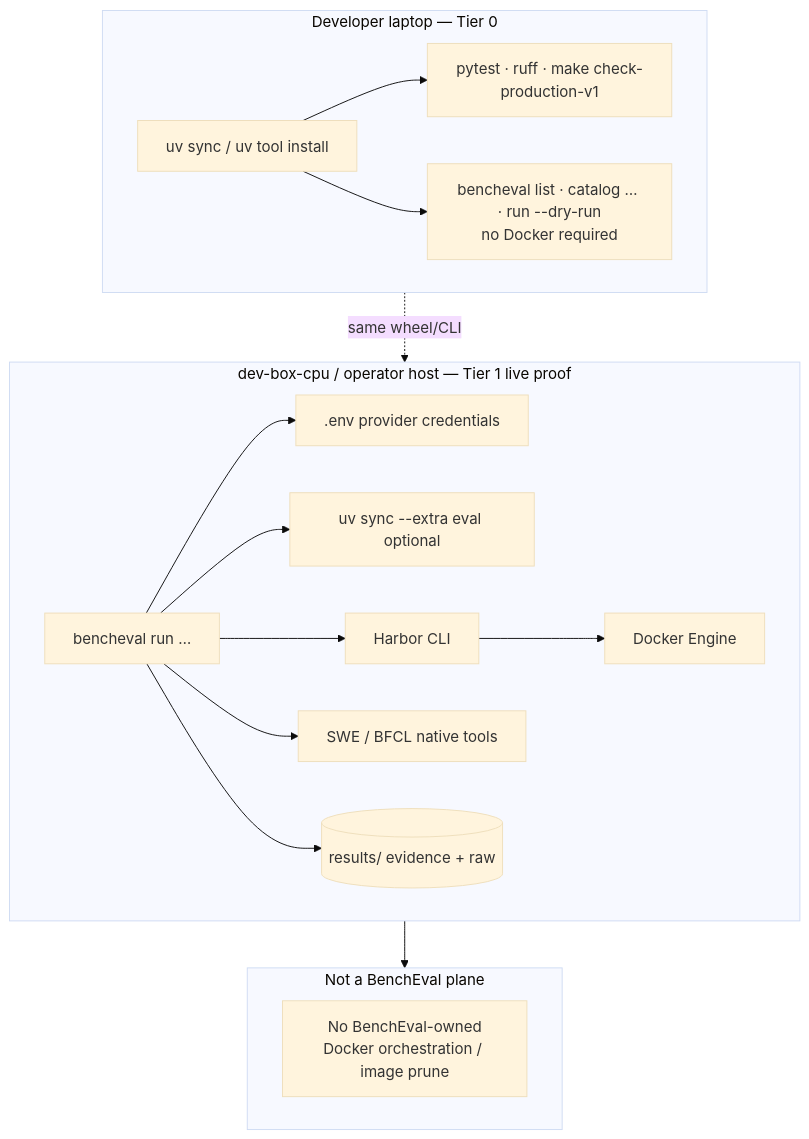
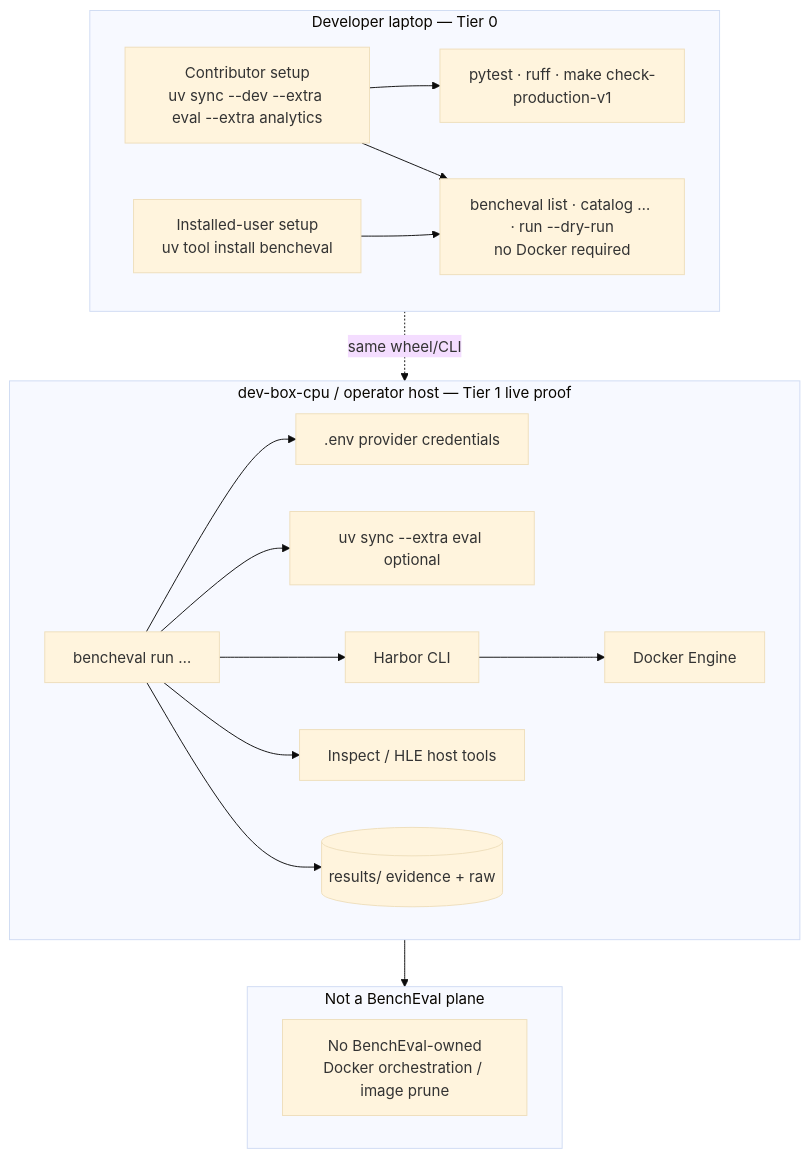
The diagram in docs/diagrams/deployment.md (Lyther/BenchEval), drawn with Mermaid (base theme) before and after one commit. The commit also changed 23 other files, not shown here.

````diff
--- a/docs/diagrams/deployment.md
+++ b/docs/diagrams/deployment.md
@@ -5,34 +5,36 @@
 ```mermaid
 flowchart TB
     subgraph Laptop["Developer laptop — Tier 0"]
-        Dev["uv sync / uv tool install"]
+        Dev["Contributor setup<br/>uv sync --dev --extra eval --extra analytics"]
+        Installed["Installed-user setup<br/>uv tool install bencheval"]
         Unit["pytest · ruff · make check-production-v1"]
         PlanOnly["bencheval list · catalog … · run --dry-run\nno Docker required"]
         Dev --> Unit
         Dev --> PlanOnly
+        Installed --> PlanOnly
     end
 
     subgraph DevBox["dev-box-cpu / operator host — Tier 1 live proof"]
         BE["bencheval run …"]
         Creds[".env provider credentials"]
         Eval["uv sync --extra eval optional"]
         Harbor["Harbor CLI"]
         Dock["Docker Engine"]
-        Native["SWE / BFCL native tools"]
+        Native["Inspect / HLE host tools"]
         Disk[(results/ evidence + raw)]
 
         BE --> Creds
         BE --> Eval
         BE --> Harbor
         Harbor --> Dock
         BE --> Native
         BE --> Disk
     end
 
     subgraph NotOurs["Not a BenchEval plane"]
         NoOrch["No BenchEval-owned\nDocker orchestration / image prune"]
     end
 
     Laptop -.->|same wheel/CLI| DevBox
     DevBox --> NotOurs
 ```
````
